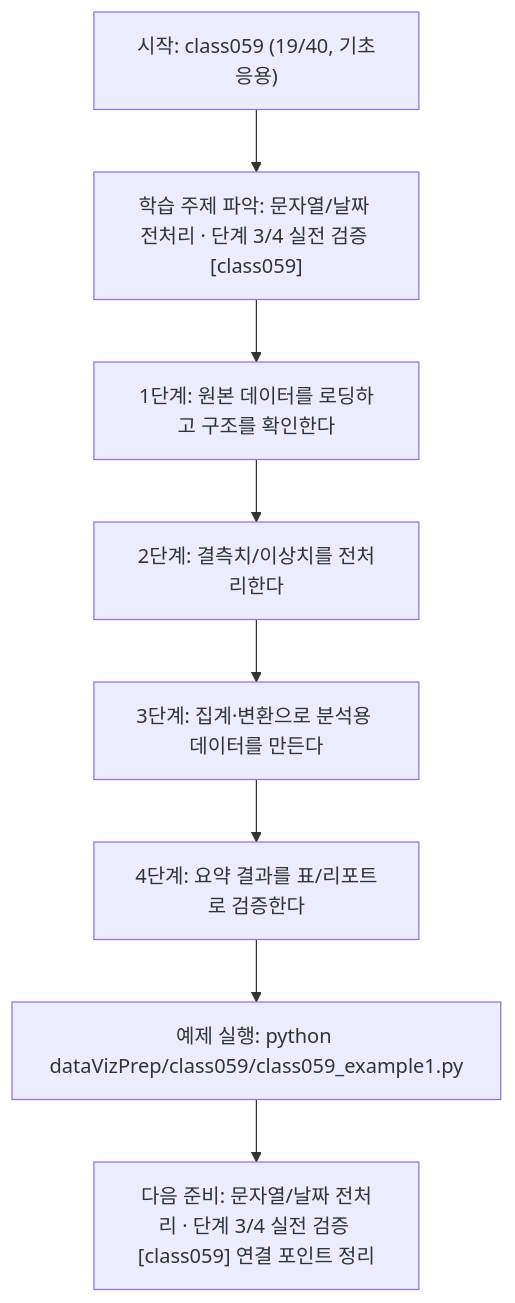
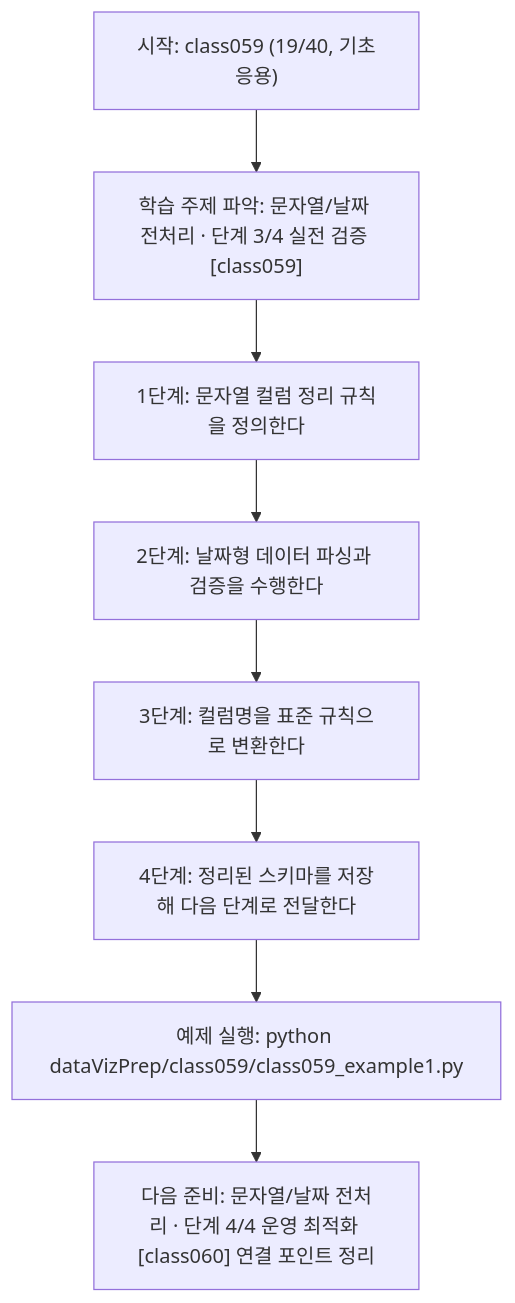
One commit to edumgt/Python-AI_Agent-Class changed the diagram in dataVizPrep/class059/class059.md. Above: the diagram before and after it, drawn with Mermaid. The commit also changed other lines of this file and 283 other files, not shown here.

````diff
--- a/dataVizPrep/class059/class059.md
+++ b/dataVizPrep/class059/class059.md
@@ -111,18 +92,18 @@
 ```mermaid
 flowchart TD
 N1["시작: class059 (19/40, 기초응용)"]
 N2["학습 주제 파악: 문자열/날짜 전처리 · 단계 3/4 실전 검증 [class059]"]
-N3["1단계: 원본 데이터를 로딩하고 구조를 확인한다"]
-N4["2단계: 결측치/이상치를 전처리한다"]
-N5["3단계: 집계·변환으로 분석용 데이터를 만든다"]
-N6["4단계: 요약 결과를 표/리포트로 검증한다"]
+N3["1단계: 문자열 컬럼 정리 규칙을 정의한다"]
+N4["2단계: 날짜형 데이터 파싱과 검증을 수행한다"]
+N5["3단계: 컬럼명을 표준 규칙으로 변환한다"]
+N6["4단계: 정리된 스키마를 저장해 다음 단계로 전달한다"]
 N7["예제 실행: python dataVizPrep/class059/class059_example1.py"]
-N8["다음 준비: 문자열/날짜 전처리 · 단계 3/4 실전 검증 [class059] 연결 포인트 정리"]
+N8["다음 준비: 문자열/날짜 전처리 · 단계 4/4 운영 최적화 [class060] 연결 포인트 정리"]
 N1 --> N2
 N2 --> N3
 N3 --> N4
 N4 --> N5
 N5 --> N6
 N6 --> N7
 N7 --> N8
 ```
````
